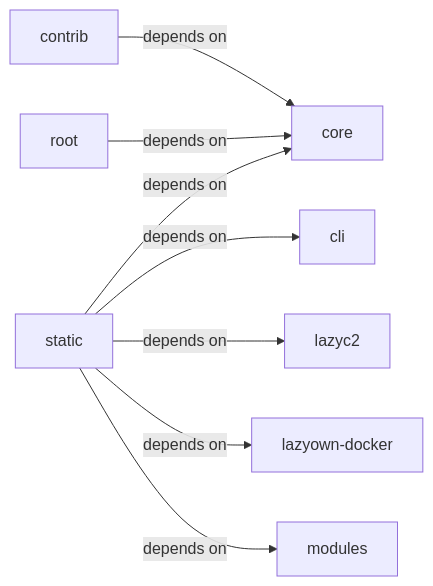
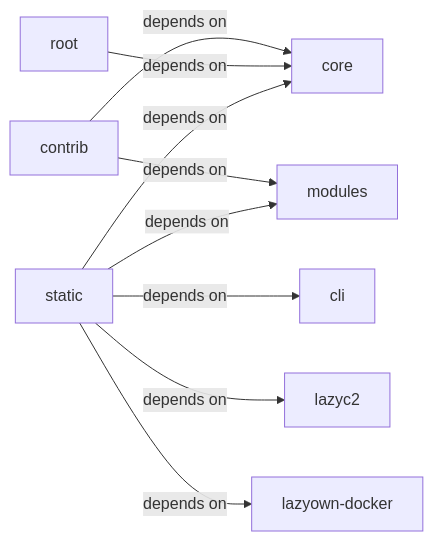
The diagram in readmenator-diagrams/static_js.md (grisuno/LazyOwn), drawn with Mermaid before and after one commit. The commit also changed other lines of this file and 422 other files, not shown here.

````diff
--- a/readmenator-diagrams/static_js.md
+++ b/readmenator-diagrams/static_js.md
@@ -5,18 +5,19 @@
 ```mermaid
 graph LR
     cli["cli"]
     contrib["contrib"]
     core["core"]
     lazyc2["lazyc2"]
     lazyown_docker["lazyown-docker"]
     modules["modules"]
     root["root"]
     static["static"]
     contrib -- "depends on" --> core
+    contrib -- "depends on" --> modules
     root -- "depends on" --> core
     static -- "depends on" --> cli
     static -- "depends on" --> core
     static -- "depends on" --> lazyc2
     static -- "depends on" --> lazyown_docker
     static -- "depends on" --> modules
 ```
````
